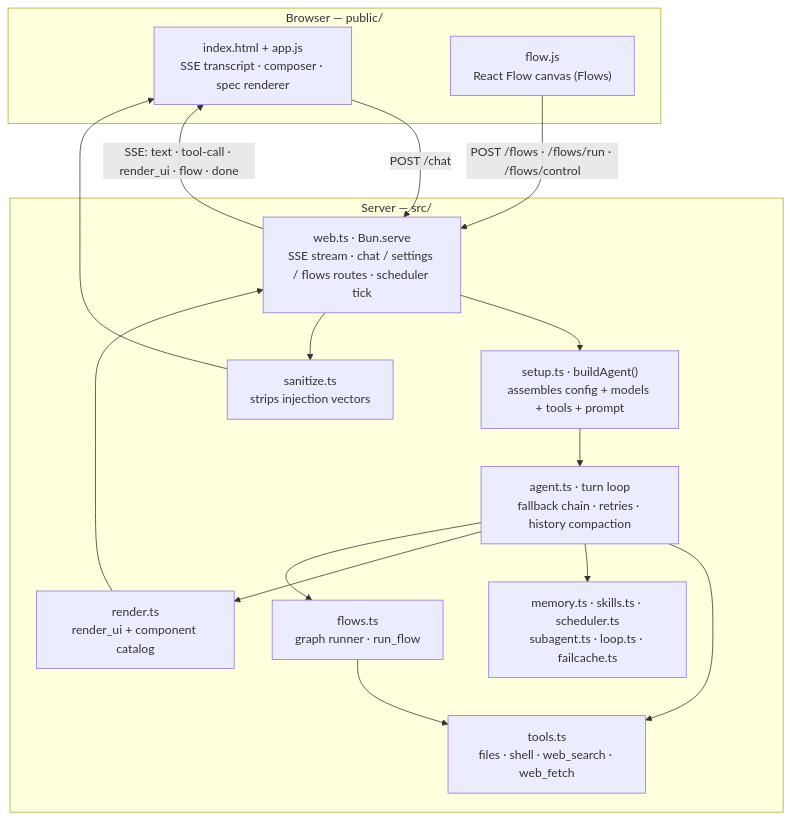
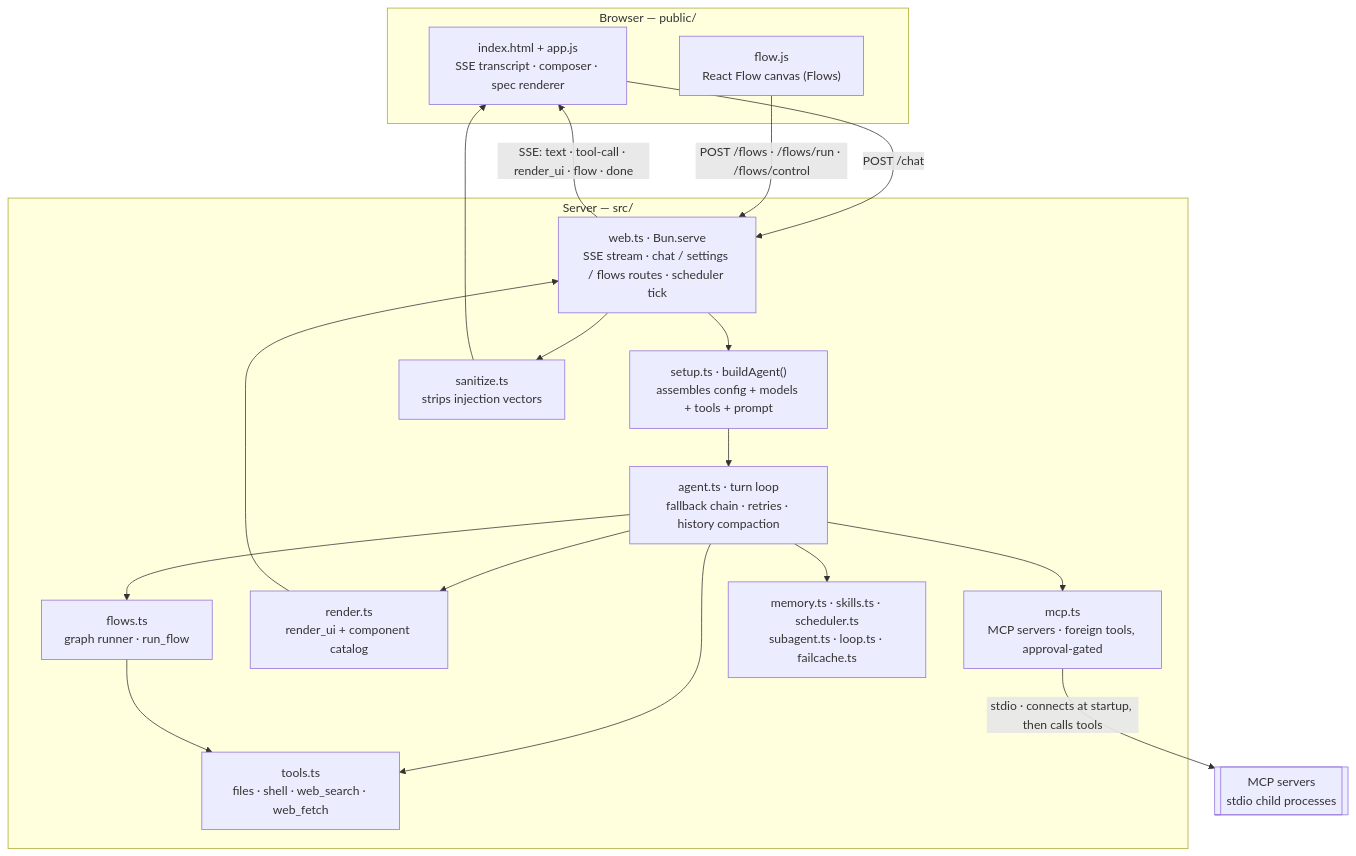
The first of 5 diagrams in README.md (Adhishtanaka/adhd), drawn with Mermaid before and after one commit. The commit also changed other lines of this file and 7 other files, not shown here.

````diff
--- a/README.md
+++ b/README.md
@@ -49,32 +49,37 @@
 ```mermaid
 flowchart TB
   subgraph browser["Browser — public/"]
     ui["index.html + app.js<br/>SSE transcript · composer · spec renderer"]
     flow["flow.js<br/>React Flow canvas (Flows)"]
   end
 
   subgraph server["Server — src/"]
     web["web.ts · Bun.serve<br/>SSE stream · chat / settings / flows routes · scheduler tick"]
     setup["setup.ts · buildAgent()<br/>assembles config + models + tools + prompt"]
     agent["agent.ts · turn loop<br/>fallback chain · retries · history compaction"]
     tools["tools.ts<br/>files · shell · web_search · web_fetch"]
     flows["flows.ts<br/>graph runner · run_flow"]
     render["render.ts<br/>render_ui + component catalog"]
+    mcp["mcp.ts<br/>MCP servers · foreign tools, approval-gated"]
     extra["memory.ts · skills.ts · scheduler.ts<br/>subagent.ts · loop.ts · failcache.ts"]
     san["sanitize.ts<br/>strips injection vectors"]
   end
+
+  srv[["MCP servers<br/>stdio child processes"]]
 
   ui -- "POST /chat" --> web
   flow -- "POST /flows · /flows/run · /flows/control" --> web
   web -- "SSE: text · tool-call · render_ui · flow · done" --> ui
   web --> setup
   setup --> agent
+  mcp -- "stdio · connects at startup, then calls tools" --> srv
   agent --> tools
+  agent --> mcp
   agent --> extra
   agent --> render
   agent --> flows
   flows --> tools
   render --> web
   web --> san
   san --> ui
 ```
````
